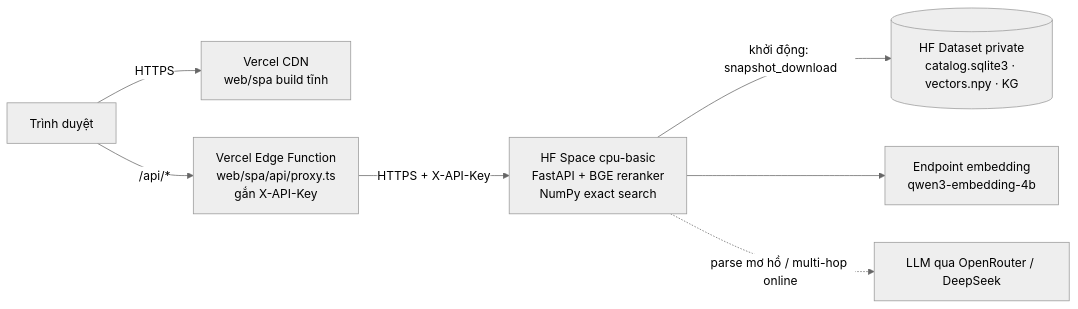
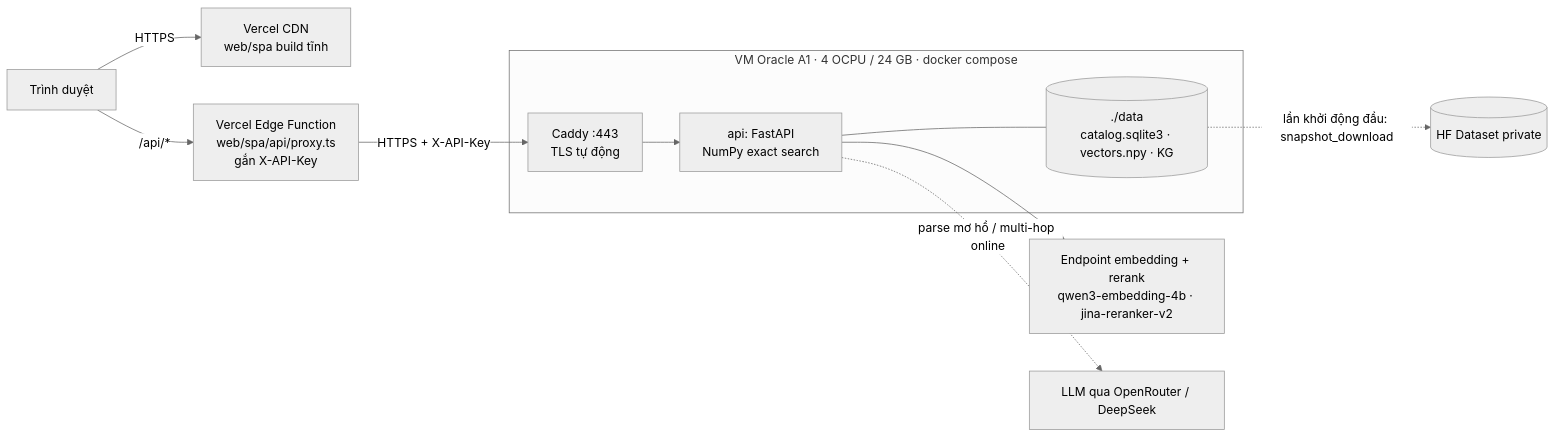
The first of 2 diagrams in docs/deploy.md (vuongej/heritage-image-retrieval), drawn with Mermaid (neutral theme) before and after one commit. The commit also changed other lines of this file and 16 other files, not shown here.

First line of the commit message:
Deploy backend lên VM Oracle (GHCR + compose + Caddy), image không torch

````diff
--- a/docs/deploy.md
+++ b/docs/deploy.md
@@ -5,9 +5,13 @@
 ```mermaid
 flowchart LR
     U[Trình duyệt] -->|HTTPS| V[Vercel CDN<br/>web/spa build tĩnh]
     U -->|/api/*| P[Vercel Edge Function<br/>web/spa/api/proxy.ts<br/>gắn X-API-Key]
-    P -->|HTTPS + X-API-Key| S[HF Space cpu-basic<br/>FastAPI + BGE reranker<br/>NumPy exact search]
-    S -->|khởi động: snapshot_download| D[(HF Dataset private<br/>catalog.sqlite3 · vectors.npy · KG)]
-    S --> E[Endpoint embedding<br/>qwen3-embedding-4b]
-    S -. parse mơ hồ / multi-hop online .-> L[LLM qua OpenRouter / DeepSeek]
+    P -->|HTTPS + X-API-Key| C[Caddy :443<br/>TLS tự động]
+    subgraph VM[VM Oracle A1 · 4 OCPU / 24 GB · docker compose]
+        C --> A[api: FastAPI<br/>NumPy exact search]
+        A --- VOL[(./data<br/>catalog.sqlite3 · vectors.npy · KG)]
+    end
+    VOL -. lần khởi động đầu: snapshot_download .-> D[(HF Dataset private)]
+    A --> E[Endpoint embedding + rerank<br/>qwen3-embedding-4b · jina-reranker-v2]
+    A -. parse mơ hồ / multi-hop online .-> L[LLM qua OpenRouter / DeepSeek]
 ```
````
